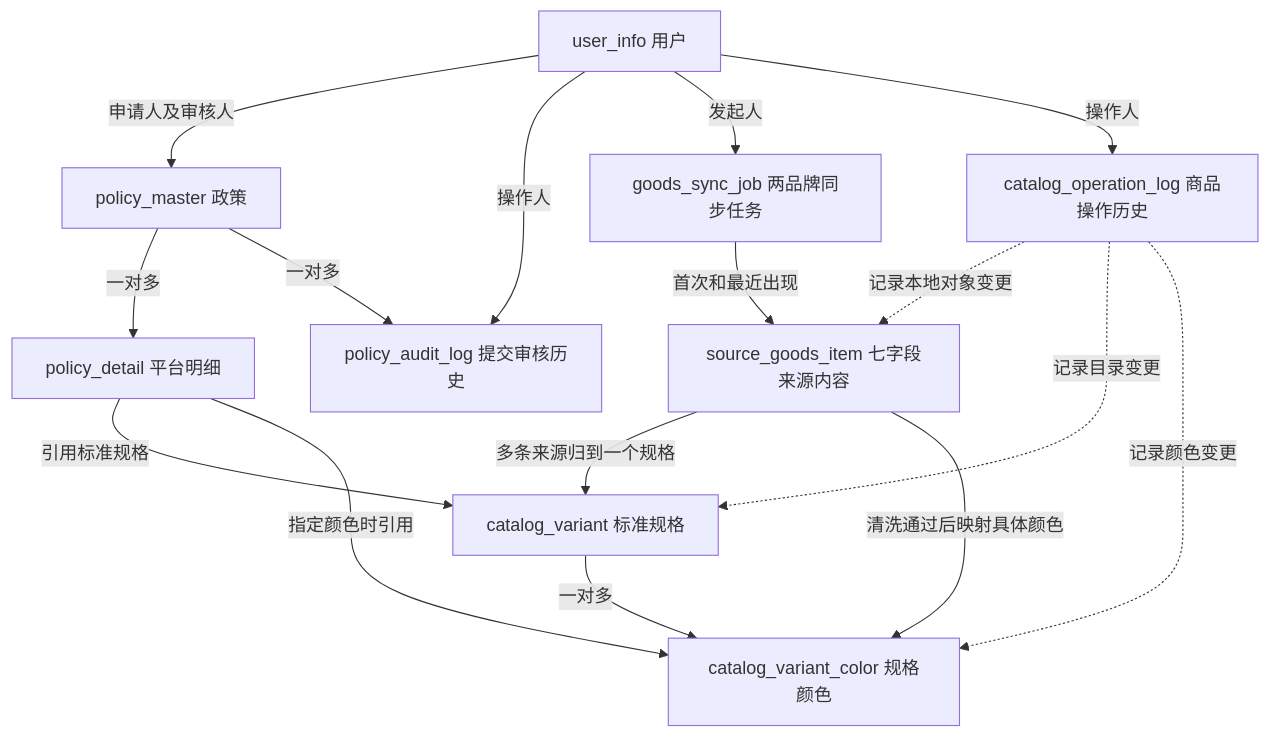
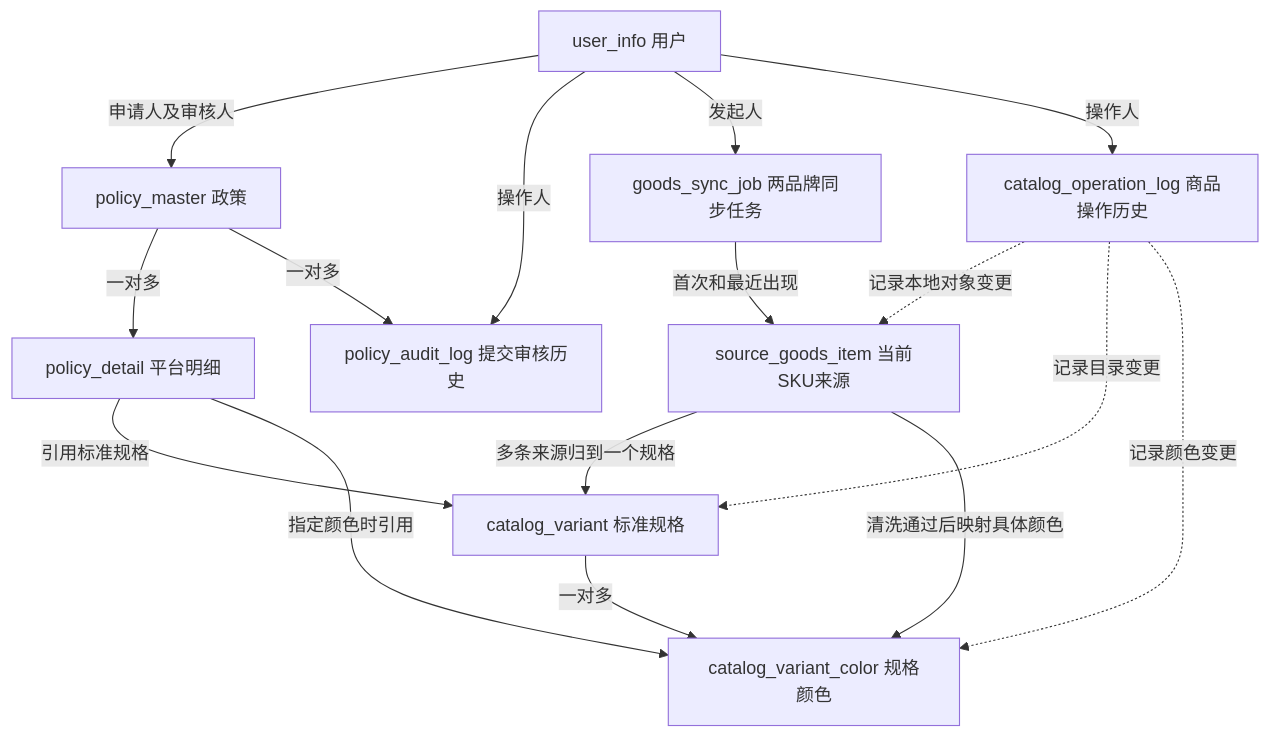
The diagram in docs/architecture/catalog-admin-design.md (szhi1488/differentiated-policy), drawn with Mermaid before and after one commit. The commit also changed other lines of this file and 55 other files, not shown here.

````diff
--- a/docs/architecture/catalog-admin-design.md
+++ b/docs/architecture/catalog-admin-design.md
@@ -33,18 +33,18 @@
 ```mermaid
 flowchart TB
     U[user_info 用户] -->|申请人及审核人| P[policy_master 政策]
     P -->|一对多| D[policy_detail 平台明细]
     P -->|一对多| A[policy_audit_log 提交审核历史]
     U -->|操作人| A
     U -->|发起人| J[goods_sync_job 两品牌同步任务]
-    J -->|首次和最近出现| G[source_goods_item 七字段来源内容]
+    J -->|首次和最近出现| G[source_goods_item 当前SKU来源]
     V[catalog_variant 标准规格] -->|一对多| C[catalog_variant_color 规格颜色]
     G -->|多条来源归到一个规格| V
     G -->|清洗通过后映射具体颜色| C
     D -->|引用标准规格| V
     D -->|指定颜色时引用| C
     U -->|操作人| L[catalog_operation_log 商品操作历史]
     L -.记录本地对象变更.-> G
     L -.记录目录变更.-> V
     L -.记录颜色变更.-> C
 ```
````
